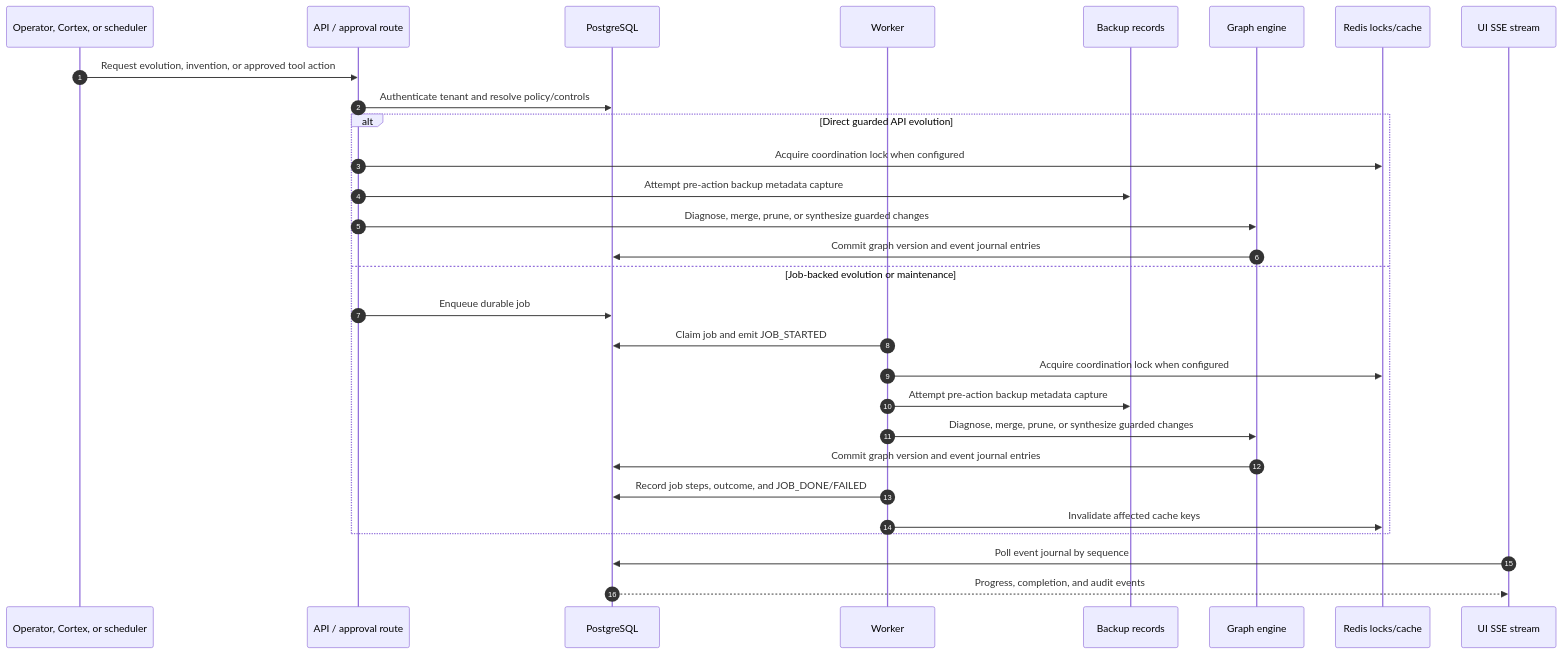
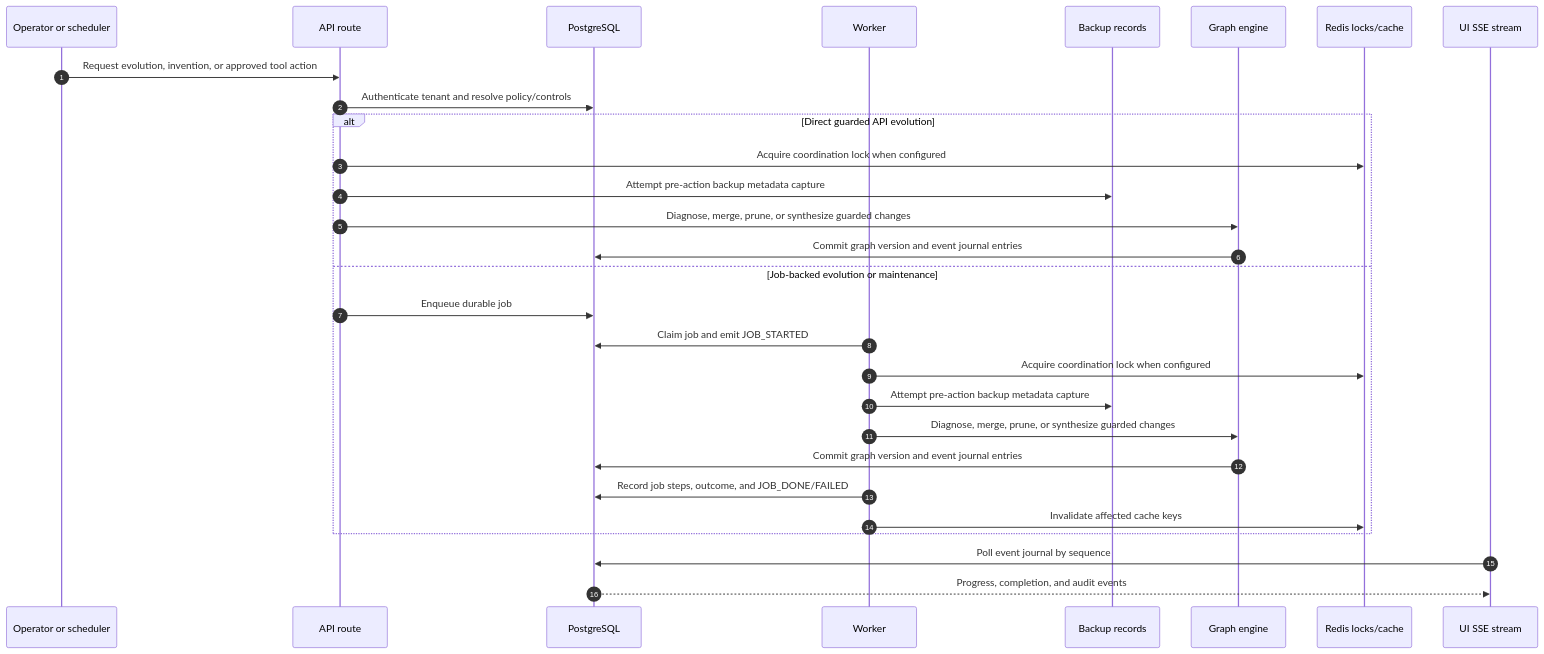
The fourth of 5 diagrams in README.md (sainibhaowal/FAIMatrix), drawn with Mermaid before and after one commit. The commit also changed other lines of this file and 580 other files, not shown here.

````diff
--- a/README.md
+++ b/README.md
@@ -230,32 +229,32 @@
 ```mermaid
 sequenceDiagram
     autonumber
-    participant O as Operator, Cortex, or scheduler
-    participant A as API / approval route
+    participant O as Operator or scheduler
+    participant A as API route
     participant P as PostgreSQL
     participant W as Worker
     participant B as Backup records
     participant G as Graph engine
     participant R as Redis locks/cache
     participant U as UI SSE stream
 
     O->>A: Request evolution, invention, or approved tool action
     A->>P: Authenticate tenant and resolve policy/controls
     alt Direct guarded API evolution
         A->>R: Acquire coordination lock when configured
         A->>B: Attempt pre-action backup metadata capture
         A->>G: Diagnose, merge, prune, or synthesize guarded changes
         G->>P: Commit graph version and event journal entries
     else Job-backed evolution or maintenance
         A->>P: Enqueue durable job
         W->>P: Claim job and emit JOB_STARTED
         W->>R: Acquire coordination lock when configured
         W->>B: Attempt pre-action backup metadata capture
         W->>G: Diagnose, merge, prune, or synthesize guarded changes
         G->>P: Commit graph version and event journal entries
         W->>P: Record job steps, outcome, and JOB_DONE/FAILED
         W->>R: Invalidate affected cache keys
     end
     U->>P: Poll event journal by sequence
     P-->>U: Progress, completion, and audit events
 ```
````
